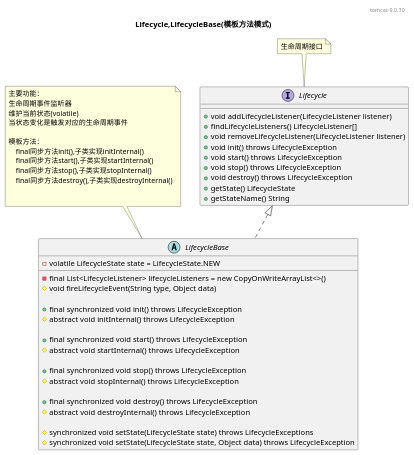
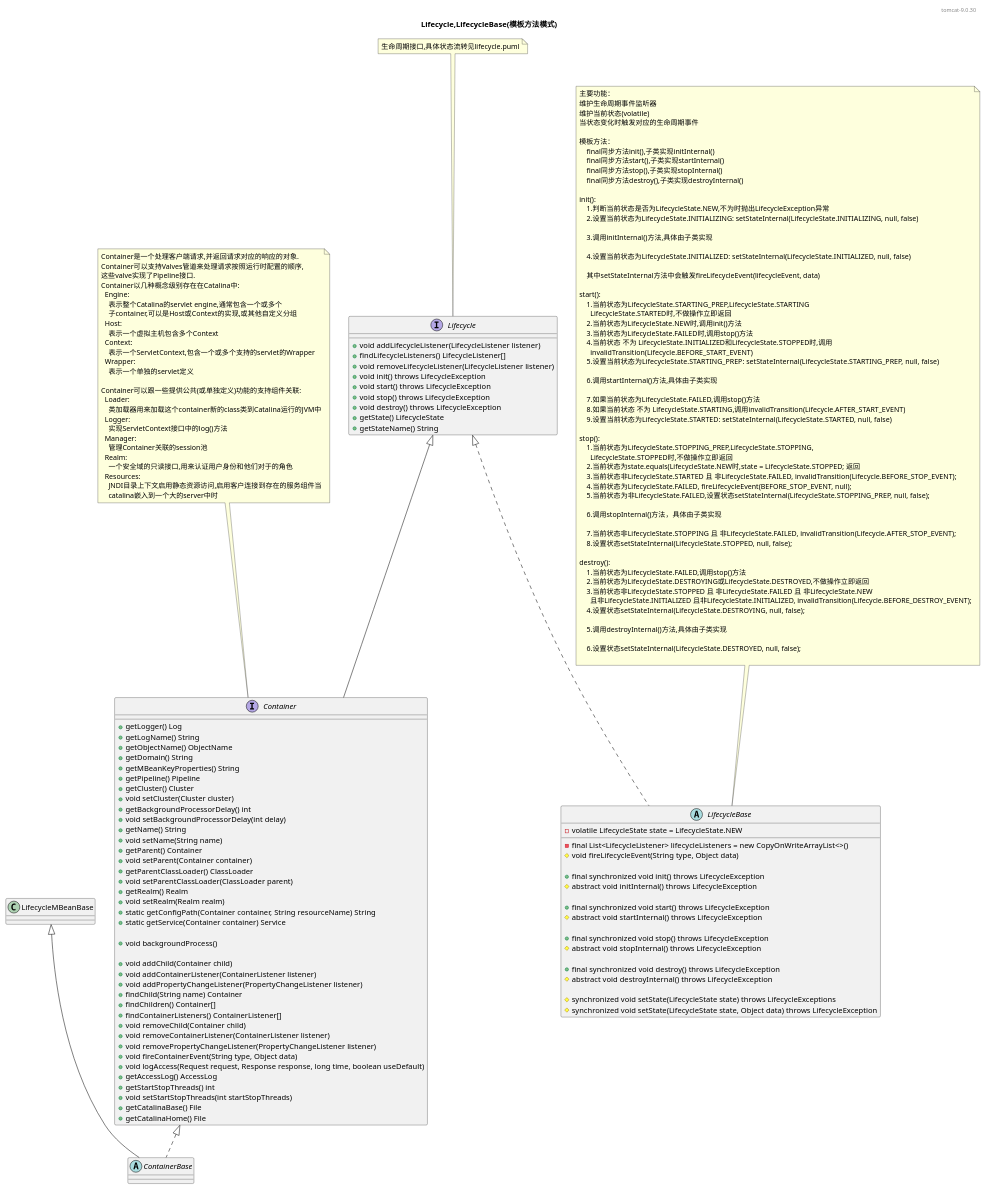
Before and after one commit to zhhongCai/tomcat: the diagram in puml/components/LifecycleBase.puml, drawn with PlantUML. The commit also changed 3 other files, not shown here.

```diff
--- a/puml/components/LifecycleBase.puml
+++ b/puml/components/LifecycleBase.puml
@@ -1,58 +1,179 @@
 @startuml
 
 header tomcat-9.0.30
 
 title Lifecycle,LifecycleBase(模板方法模式)
 
 interface Lifecycle {
     + void addLifecycleListener(LifecycleListener listener)
     + findLifecycleListeners() LifecycleListener[]
     + void removeLifecycleListener(LifecycleListener listener)
     + void init() throws LifecycleException
     + void start() throws LifecycleException
     + void stop() throws LifecycleException
     + void destroy() throws LifecycleException
     + getState() LifecycleState
     + getStateName() String
 }
 note top of Lifecycle
-生命周期接口
+生命周期接口,具体状态流转见lifecycle.puml
+end note
+
+interface Container extends Lifecycle {
+    + getLogger() Log
+    + getLogName() String
+    + getObjectName() ObjectName
+    + getDomain() String
+    + getMBeanKeyProperties() String
+    + getPipeline() Pipeline
+    + getCluster() Cluster
+    + void setCluster(Cluster cluster)
+    + getBackgroundProcessorDelay() int
+    + void setBackgroundProcessorDelay(int delay)
+    + getName() String
+    + void setName(String name)
+    + getParent() Container
+    + void setParent(Container container)
+    + getParentClassLoader() ClassLoader
+    + void setParentClassLoader(ClassLoader parent)
+    + getRealm() Realm
+    + void setRealm(Realm realm)
+    + static getConfigPath(Container container, String resourceName) String
+    + static getService(Container container) Service
+
+    + void backgroundProcess()
+
+    + void addChild(Container child)
+    + void addContainerListener(ContainerListener listener)
+    + void addPropertyChangeListener(PropertyChangeListener listener)
+    + findChild(String name) Container
+    + findChildren() Container[]
+    + findContainerListeners() ContainerListener[]
+    + void removeChild(Container child)
+    + void removeContainerListener(ContainerListener listener)
+    + void removePropertyChangeListener(PropertyChangeListener listener)
+    + void fireContainerEvent(String type, Object data)
+    + void logAccess(Request request, Response response, long time, boolean useDefault)
+    + getAccessLog() AccessLog
+    + getStartStopThreads() int
+    + void setStartStopThreads(int startStopThreads)
+    + getCatalinaBase() File
+    + getCatalinaHome() File
+}
+note top of Container
+Container是一个处理客户端请求,并返回请求对应的响应的对象.
+Container可以支持Valves管道来处理请求按照运行时配置的顺序,
+这些valve实现了Pipeline接口.
+Container以几种概念级别存在在Catalina中:
+  Engine:
+    表示整个Catalina的servlet engine,通常包含一个或多个
+    子container,可以是Host或Context的实现,或其他自定义分组
+  Host:
+    表示一个虚拟主机包含多个Context
+  Context:
+    表示一个ServletContext,包含一个或多个支持的servlet的Wrapper
+  Wrapper:
+    表示一个单独的servlet定义
+
+Container可以跟一些提供公共(或单独定义)功能的支持组件关联:
+  Loader:
+    类加载器用来加载这个container新的class类到Catalina运行的JVM中
+  Logger:
+    实现ServletContext接口中的log()方法
+  Manager:
+    管理Container关联的session池
+  Realm:
+    一个安全域的只读接口,用来认证用户身份和他们对于的角色
+  Resources:
+    JNDI目录上下文启用静态资源访问,启用客户连接到存在的服务组件当
+    catalina嵌入到一个大的server中时
 end note
 
 abstract class LifecycleBase implements Lifecycle {
     - final List<LifecycleListener> lifecycleListeners = new CopyOnWriteArrayList<>()
     - volatile LifecycleState state = LifecycleState.NEW
 
     # void fireLifecycleEvent(String type, Object data)
 
     + final synchronized void init() throws LifecycleException
     # abstract void initInternal() throws LifecycleException
 
     + final synchronized void start() throws LifecycleException
     # abstract void startInternal() throws LifecycleException
 
     + final synchronized void stop() throws LifecycleException
     # abstract void stopInternal() throws LifecycleException
 
     + final synchronized void destroy() throws LifecycleException
     # abstract void destroyInternal() throws LifecycleException
 
     # synchronized void setState(LifecycleState state) throws LifecycleExceptions
     # synchronized void setState(LifecycleState state, Object data) throws LifecycleException
 }
 note top of LifecycleBase
 主要功能：
-生命周期事件监听器
+维护生命周期事件监听器
 维护当前状态(volatile)
-当状态变化是触发对应的生命周期事件
+当状态变化时触发对应的生命周期事件
 
 模板方法：
     final同步方法init(),子类实现initInternal()
     final同步方法start(),子类实现startInternal()
     final同步方法stop(),子类实现stopInternal()
     final同步方法destroy(),子类实现destroyInternal()
 
+init():
+    1.判断当前状态是否为LifecycleState.NEW,不为时抛出LifecycleException异常
+    2.设置当前状态为LifecycleState.INITIALIZING: setStateInternal(LifecycleState.INITIALIZING, null, false)
+
+    3.调用initInternal()方法,具体由子类实现
+
+    4.设置当前状态为LifecycleState.INITIALIZED: setStateInternal(LifecycleState.INITIALIZED, null, false)
+
+    其中setStateInternal方法中会触发fireLifecycleEvent(lifecycleEvent, data)
+
+start():
+    1.当前状态为LifecycleState.STARTING_PREP,LifecycleState.STARTING
+      LifecycleState.STARTED时,不做操作立即返回
+    2.当前状态为LifecycleState.NEW时,调用init()方法
+    3.当前状态为LifecycleState.FAILED时,调用stop()方法
+    4.当前状态 不为 LifecycleState.INITIALIZED和LifecycleState.STOPPED时,调用
+      invalidTransition(Lifecycle.BEFORE_START_EVENT)
+    5.设置当前状态为LifecycleState.STARTING_PREP:  setStateInternal(LifecycleState.STARTING_PREP, null, false)
+
+    6.调用startInternal()方法,具体由子类实现
+
+    7.如果当前状态为LifecycleState.FAILED,调用stop()方法
+    8.如果当前状态 不为 LifecycleState.STARTING,调用invalidTransition(Lifecycle.AFTER_START_EVENT)
+    9.设置当前状态为LifecycleState.STARTED:  setStateInternal(LifecycleState.STARTED, null, false)
+
+stop():
+    1.当前状态为LifecycleState.STOPPING_PREP,LifecycleState.STOPPING,
+      LifecycleState.STOPPED时,不做操作立即返回
+    2.当前状态为state.equals(LifecycleState.NEW时,state = LifecycleState.STOPPED; 返回
+    3.当前状态非LifecycleState.STARTED 且 非LifecycleState.FAILED, invalidTransition(Lifecycle.BEFORE_STOP_EVENT);
+    4.当前状态为LifecycleState.FAILED, fireLifecycleEvent(BEFORE_STOP_EVENT, null);
+    5.当前状态为非LifecycleState.FAILED,设置状态setStateInternal(LifecycleState.STOPPING_PREP, null, false);
+
+    6.调用stopInternal()方法，具体由子类实现
+
+    7.当前状态非LifecycleState.STOPPING 且 非LifecycleState.FAILED, invalidTransition(Lifecycle.AFTER_STOP_EVENT);
+    8.设置状态setStateInternal(LifecycleState.STOPPED, null, false);
+
+destroy():
+    1.当前状态为LifecycleState.FAILED,调用stop()方法
+    2.当前状态为LifecycleState.DESTROYING或LifecycleState.DESTROYED,不做操作立即返回
+    3.当前状态非LifecycleState.STOPPED 且 非LifecycleState.FAILED 且 非LifecycleState.NEW
+      且非LifecycleState.INITIALIZED 且非LifecycleState.INITIALIZED, invalidTransition(Lifecycle.BEFORE_DESTROY_EVENT);
+    4.设置状态setStateInternal(LifecycleState.DESTROYING, null, false);
+
+    5.调用destroyInternal()方法,具体由子类实现
+
+    6.设置状态setStateInternal(LifecycleState.DESTROYED, null, false);
 
 end note
 
+abstract class ContainerBase extends LifecycleMBeanBase implements Container  {
+}
+
 @enduml
```
